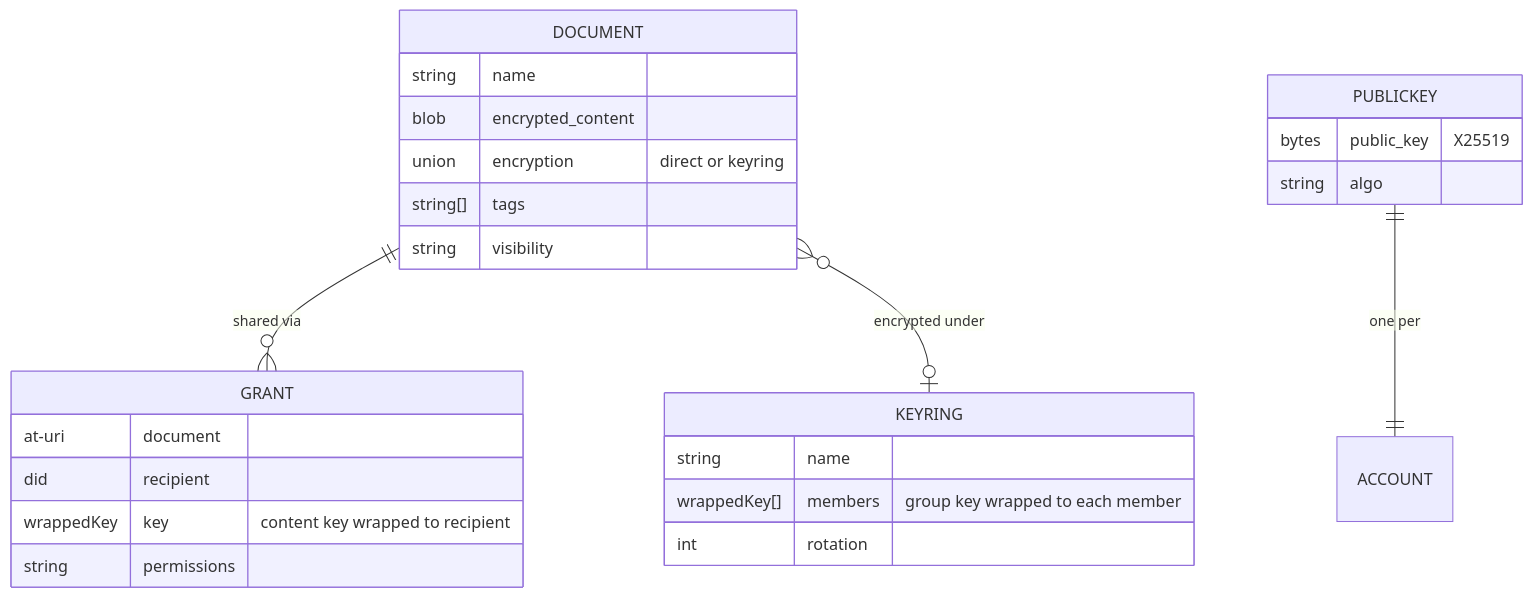
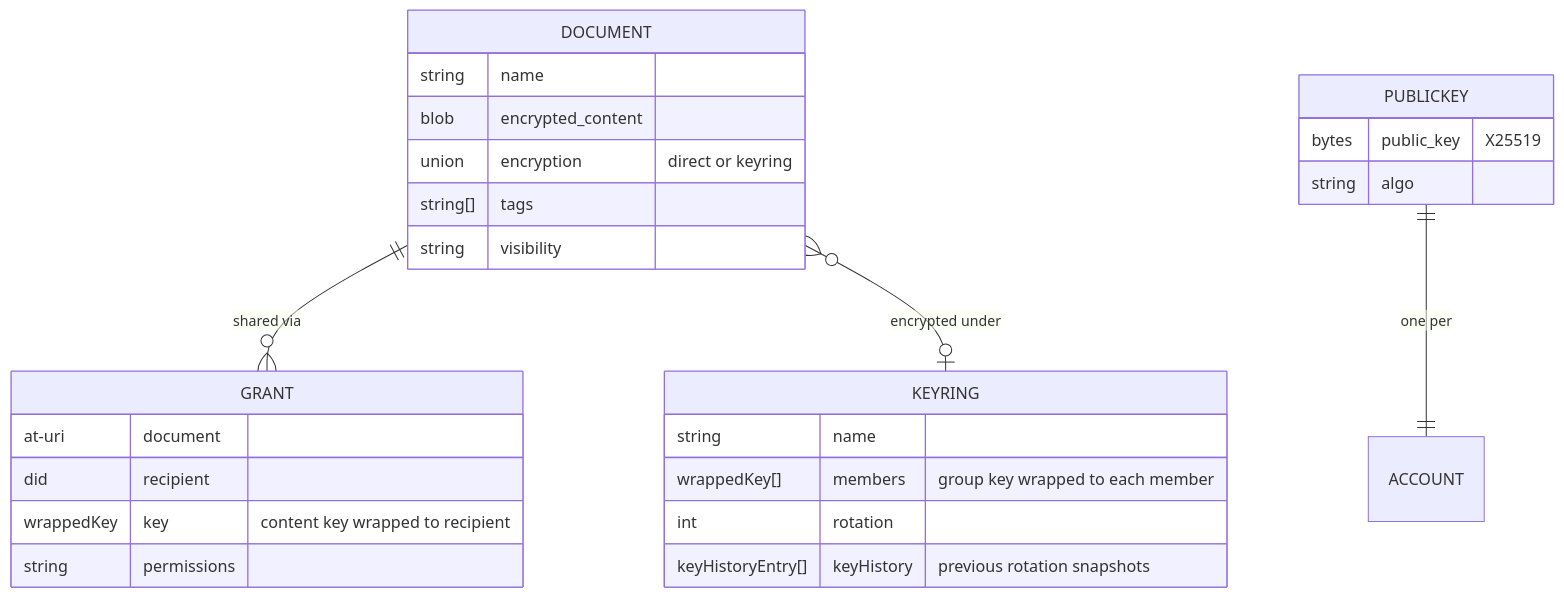
Before and after one commit to Sans-Self/Opake: the second of 2 diagrams in docs/ARCHITECTURE.md, drawn with Mermaid. The commit also changed other lines of this file and 14 other files, not shown here.

First line of the commit message:
Add keyring rotation history to preserve pre-rotation document access

````diff
--- a/docs/ARCHITECTURE.md
+++ b/docs/ARCHITECTURE.md
@@ -134,32 +134,33 @@
 ```mermaid
 erDiagram
     DOCUMENT ||--o{ GRANT : "shared via"
     DOCUMENT }o--o| KEYRING : "encrypted under"
     PUBLICKEY ||--|| ACCOUNT : "one per"
 
     DOCUMENT {
         string name
         blob encrypted_content
         union encryption "direct or keyring"
         string[] tags
         string visibility
     }
 
     GRANT {
         at-uri document
         did recipient
         wrappedKey key "content key wrapped to recipient"
         string permissions
     }
 
     KEYRING {
         string name
         wrappedKey[] members "group key wrapped to each member"
         int rotation
+        keyHistoryEntry[] keyHistory "previous rotation snapshots"
     }
 
     PUBLICKEY {
         bytes public_key "X25519"
         string algo
     }
 ```
````
